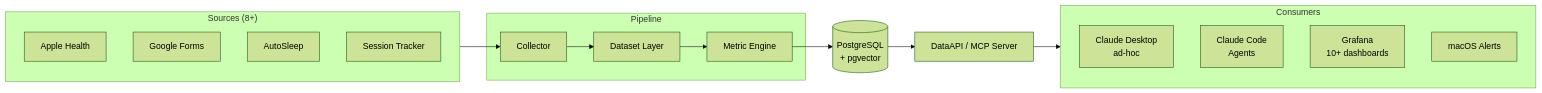
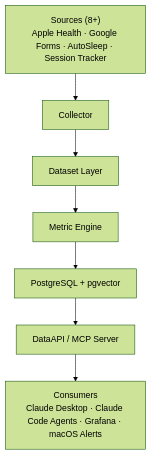
Before and after one commit to dmitrii-naumenko/autodiary-public: the diagram in README.md, drawn with Mermaid (forest theme).

Commit message:
changed mermaid diagram

````diff
--- a/README.md
+++ b/README.md
@@ -25,26 +25,10 @@
 ```mermaid
-flowchart LR
-    subgraph Sources["Sources (8+)"]
-        S1[Apple Health]
-        S2[Google Forms]
-        S3[AutoSleep]
-        S4[Session Tracker]
-    end
-
-    subgraph Pipeline
-        C[Collector] --> D[Dataset Layer] --> M[Metric Engine]
-    end
-
-    M --> DB[("PostgreSQL<br/>+ pgvector")]
-    DB --> API[DataAPI / MCP Server]
-
-    subgraph Consumers
-        C1["Claude Desktop<br/>ad-hoc"]
-        C2["Claude Code<br/>Agents"]
-        C3["Grafana<br/>10+ dashboards"]
-        C4[macOS Alerts]
-    end
-
-    Sources --> C
-    API --> Consumers
+flowchart TD
+    Sources["Sources (8+)<br/>Apple Health · Google Forms · AutoSleep · Session Tracker"]
+    Sources --> Collector
+    Collector --> Dataset[Dataset Layer]
+    Dataset --> Engine[Metric Engine]
+    Engine --> DB["PostgreSQL + pgvector"]
+    DB --> API["DataAPI / MCP Server"]
+    API --> Consumers["Consumers<br/>Claude Desktop · Claude Code Agents · Grafana · macOS Alerts"]
 ```
````
